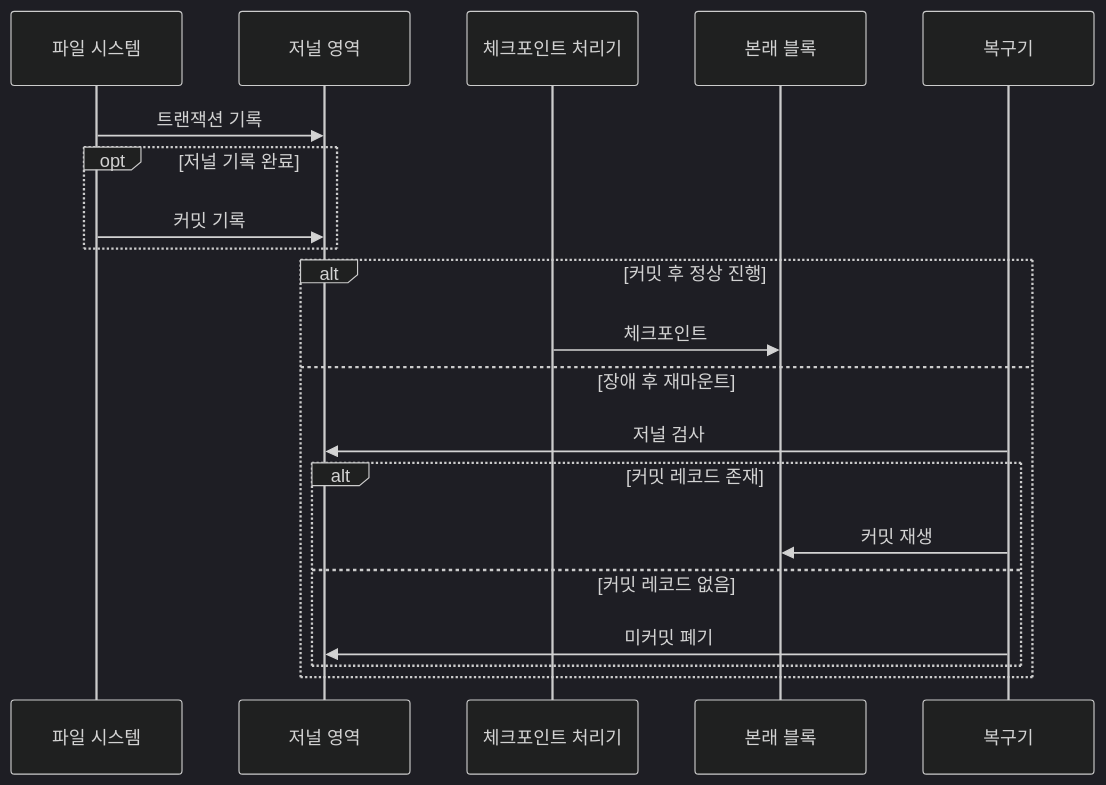
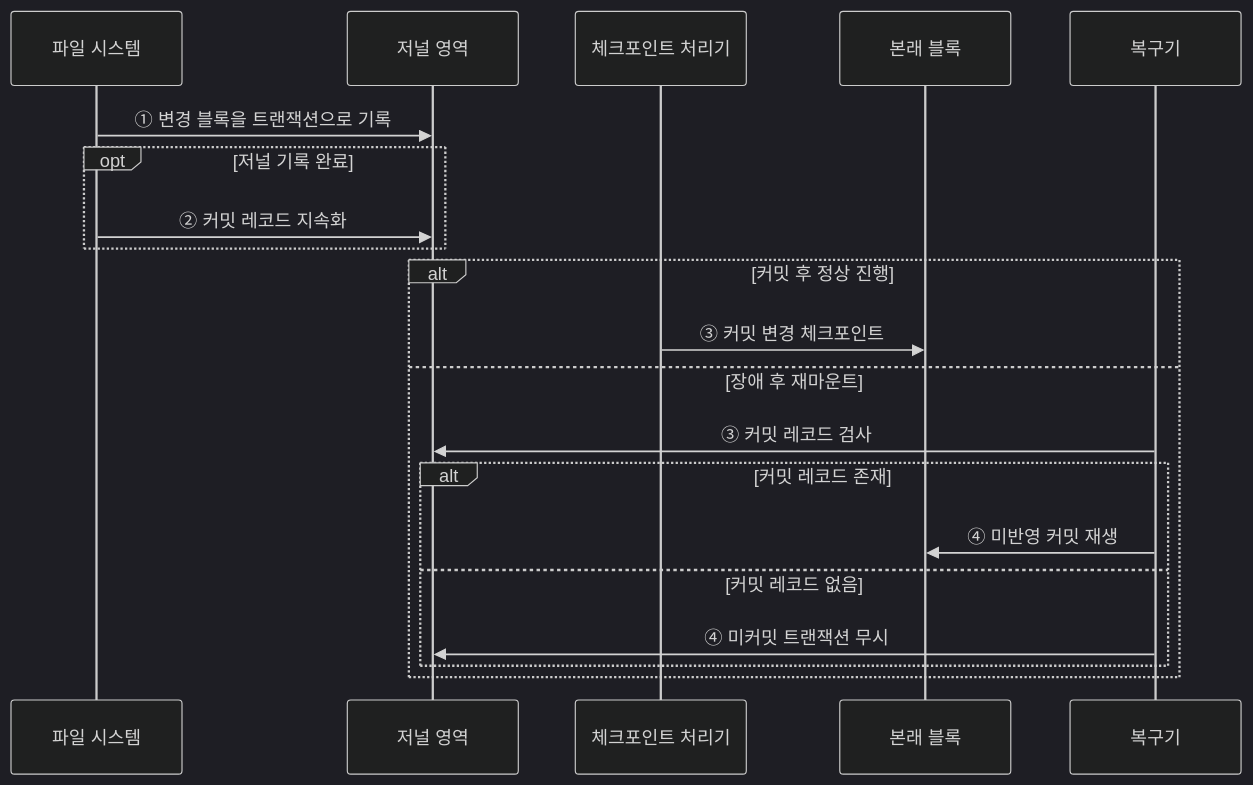
One commit to agnusdei1207/knowledge-base changed the second of 2 diagrams in src/content/docs/notes/03-software/021_file_system_journaling.md. Above: the diagram before and after it, drawn with Mermaid (dark theme). The commit also changed other lines of this file and 20 other files, not shown here.

````diff
--- a/src/content/docs/notes/03-software/021_file_system_journaling.md
+++ b/src/content/docs/notes/03-software/021_file_system_journaling.md
@@ -92,22 +85,22 @@
 ```mermaid
 sequenceDiagram
     participant F as 파일 시스템
     participant J as 저널 영역
     participant K as 체크포인트 처리기
     participant H as 본래 블록
     participant R as 복구기
-    F->>J: 트랜잭션 기록
+    F->>J: ① 변경 블록을 트랜잭션으로 기록
     opt 저널 기록 완료
-        F->>J: 커밋 기록
+        F->>J: ② 커밋 레코드 지속화
     end
     alt 커밋 후 정상 진행
-        K->>H: 체크포인트
+        K->>H: ③ 커밋 변경 체크포인트
     else 장애 후 재마운트
-        R->>J: 저널 검사
+        R->>J: ③ 커밋 레코드 검사
         alt 커밋 레코드 존재
-            R->>H: 커밋 재생
+            R->>H: ④ 미반영 커밋 재생
         else 커밋 레코드 없음
-            R->>J: 미커밋 폐기
+            R->>J: ④ 미커밋 트랜잭션 무시
         end
     end
 ```
````
